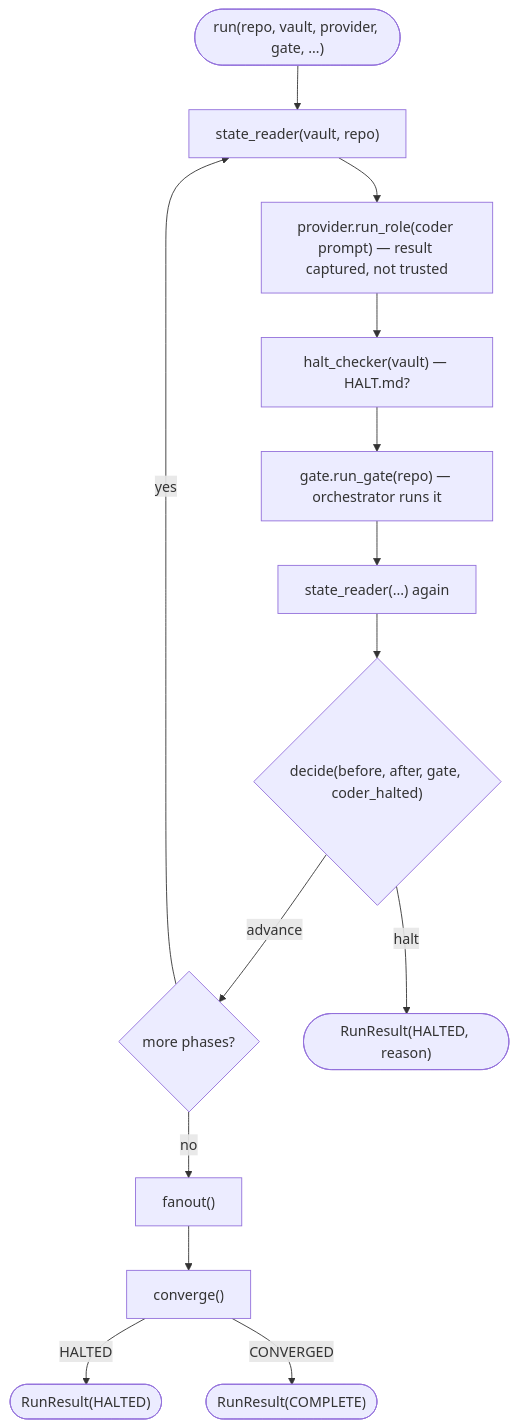
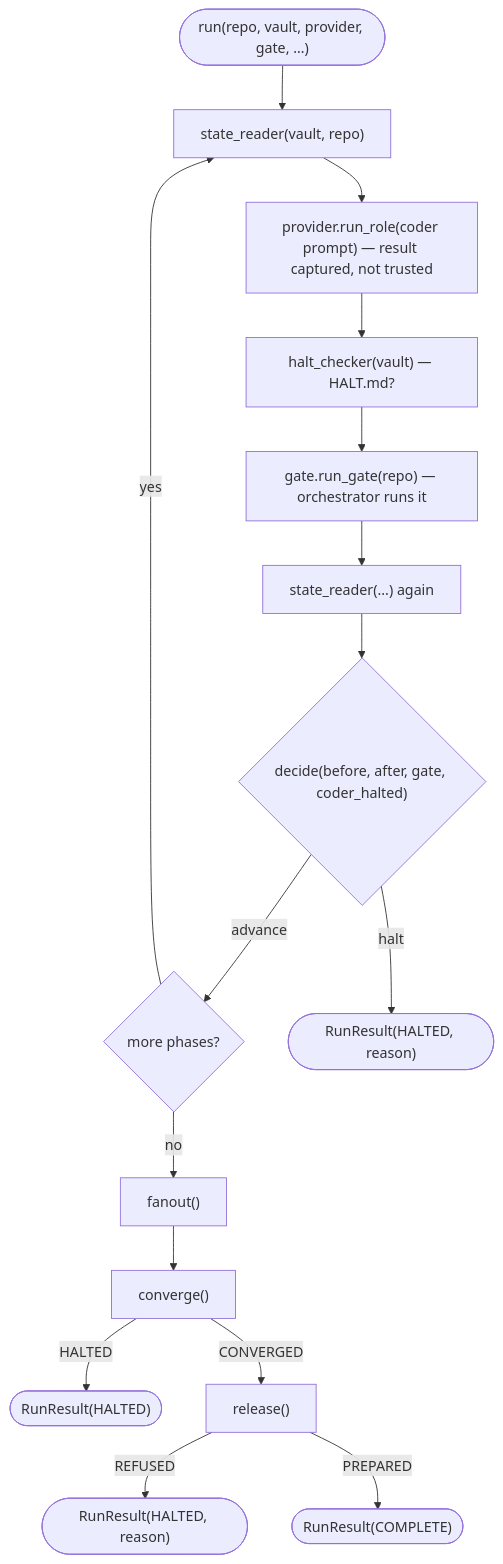
Before and after one commit to alxb1t/minionsfactory: the diagram in docs/modules/driver.md, drawn with Mermaid. The commit also changed other lines of this file and 13 other files, not shown here.

````diff
--- a/docs/modules/driver.md
+++ b/docs/modules/driver.md
@@ -30,15 +30,17 @@
 ```mermaid
 flowchart TD
     start(["run(repo, vault, provider, gate, …)"]) --> read["state_reader(vault, repo)"]
     read --> spawn["provider.run_role(coder prompt) — result captured, not trusted"]
     spawn --> halt?["halt_checker(vault) — HALT.md?"]
     halt? --> gate["gate.run_gate(repo) — orchestrator runs it"]
     gate --> reread["state_reader(...) again"]
     reread --> decide{"decide(before, after, gate, coder_halted)"}
     decide -- advance --> more{"more phases?"}
     more -- yes --> read
     more -- no --> fo["fanout()"] --> conv["converge()"]
     conv -- HALTED --> haltc(["RunResult(HALTED)"])
-    conv -- CONVERGED --> done(["RunResult(COMPLETE)"])
+    conv -- CONVERGED --> rel["release()"]
+    rel -- REFUSED --> haltr(["RunResult(HALTED, reason)"])
+    rel -- PREPARED --> done(["RunResult(COMPLETE)"])
     decide -- halt --> halt(["RunResult(HALTED, reason)"])
 ```
````
